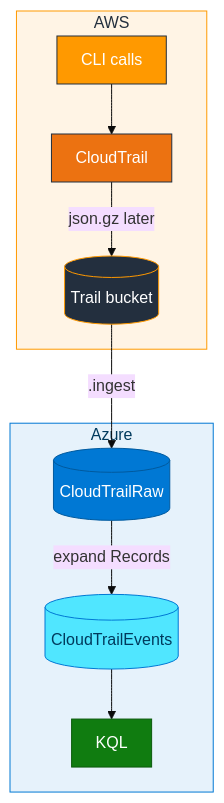
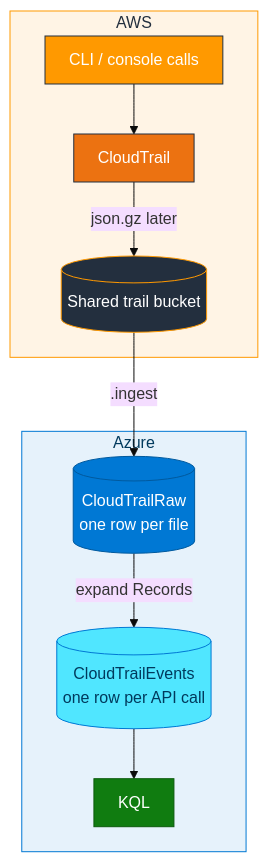
One commit to atingupta2005/adx-aws-training-aug-26 changed the first of 2 diagrams in Module_02_AWS_CloudTrail/02_CloudTrail_to_ADX_Concepts.md. Above: the diagram before and after it, drawn with Mermaid. The commit also changed other lines of this file and 5 other files, not shown here.

````diff
--- a/Module_02_AWS_CloudTrail/02_CloudTrail_to_ADX_Concepts.md
+++ b/Module_02_AWS_CloudTrail/02_CloudTrail_to_ADX_Concepts.md
@@ -14,27 +31,27 @@
 ```mermaid
 %%{init: {"theme":"base","flowchart":{"htmlLabels":true,"padding":12}}}%%
 flowchart TB
   subgraph awsBox [AWS]
-    API["CLI calls"]
+    API["CLI / console calls"]
     CT["CloudTrail"]
-    S3[("Trail bucket")]
+    S3[("Shared trail bucket")]
   end
   subgraph azureBox [Azure]
-    RAW[("CloudTrailRaw")]
-    EVT[("CloudTrailEvents")]
+    RAW[("CloudTrailRaw<br/>one row per file")]
+    EVT[("CloudTrailEvents<br/>one row per API call")]
     KQL["KQL"]
   end
   API --> CT
   CT -->|"json.gz later"| S3
   S3 -->|".ingest"| RAW
   RAW -->|"expand Records"| EVT
   EVT --> KQL
   style awsBox fill:#FFF4E5,stroke:#FF9900,color:#232F3E
   style azureBox fill:#E6F2FB,stroke:#0078D4,color:#003A5D
   style API fill:#FF9900,stroke:#232F3E,color:#fff
   style CT fill:#EC7211,stroke:#232F3E,color:#fff
   style S3 fill:#232F3E,stroke:#FF9900,color:#fff
   style RAW fill:#0078D4,stroke:#005A9E,color:#fff
   style EVT fill:#50E6FF,stroke:#0078D4,color:#003A5D
   style KQL fill:#107C10,stroke:#0B5A0B,color:#fff
 ```
````
